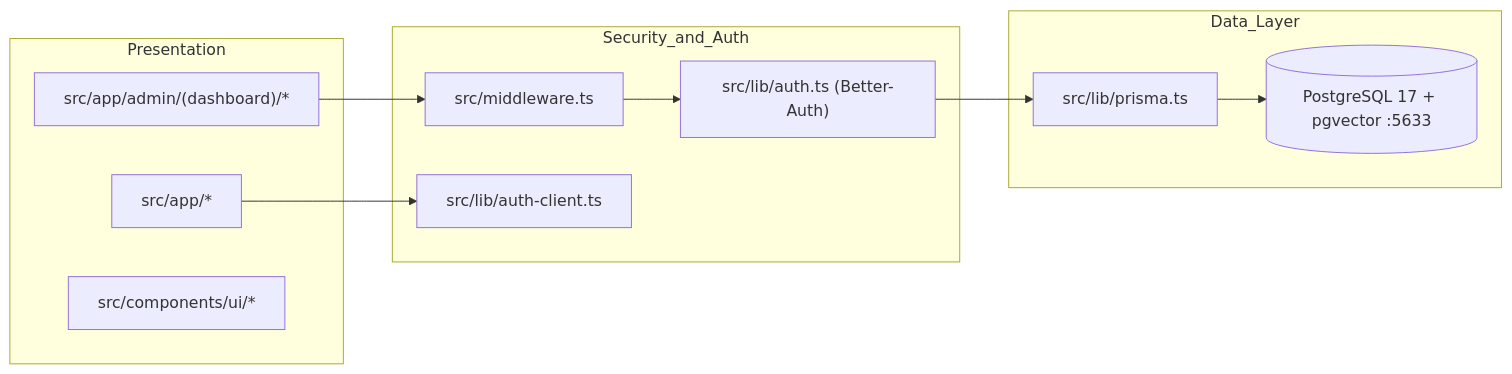
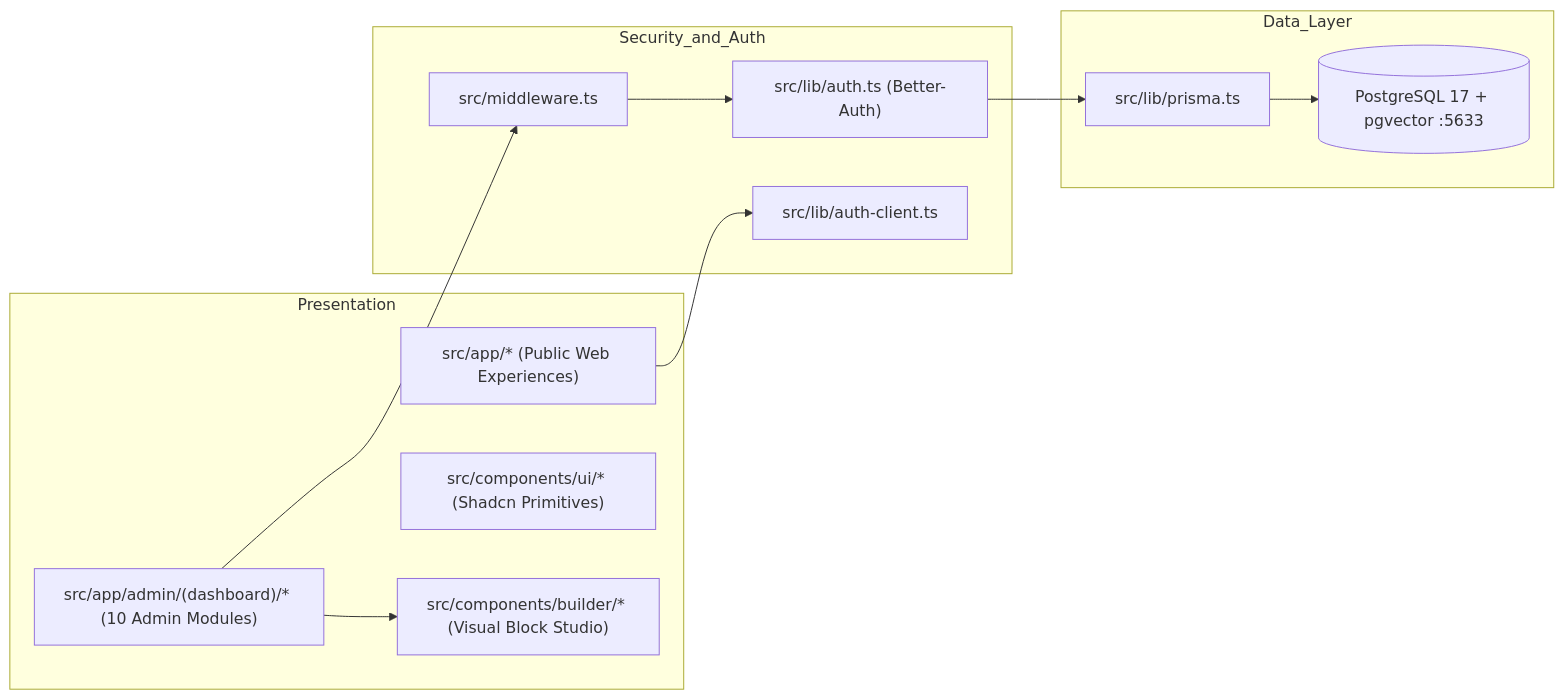
The second of 2 diagrams in .skills/graphify.md (Savazar01/lalitakapilavai), drawn with Mermaid before and after one commit. The commit also changed other lines of this file and 23 other files, not shown here.

Commit message:
docs: enforce knowledgebase-first invariant, document full web and admin scope in README, and modernize .skills manuals

````diff
--- a/.skills/graphify.md
+++ b/.skills/graphify.md
@@ -66,25 +81,27 @@
 ```mermaid
 graph LR
     subgraph Presentation
-        Page["src/app/*"]
-        AdminShell["src/app/admin/(dashboard)/*"]
-        UI["src/components/ui/*"]
+        Page["src/app/* (Public Web Experiences)"]
+        AdminShell["src/app/admin/(dashboard)/* (10 Admin Modules)"]
+        UI["src/components/ui/* (Shadcn Primitives)"]
+        Builder["src/components/builder/* (Visual Block Studio)"]
     end
 
     subgraph Security_and_Auth
         Middleware["src/middleware.ts"]
         AuthServer["src/lib/auth.ts (Better-Auth)"]
         AuthClient["src/lib/auth-client.ts"]
     end
 
     subgraph Data_Layer
         PrismaClient["src/lib/prisma.ts"]
         DB[(PostgreSQL 17 + pgvector :5633)]
     end
 
     Page --> AuthClient
     AdminShell --> Middleware
+    AdminShell --> Builder
     Middleware --> AuthServer
     AuthServer --> PrismaClient
     PrismaClient --> DB
 ```
````
